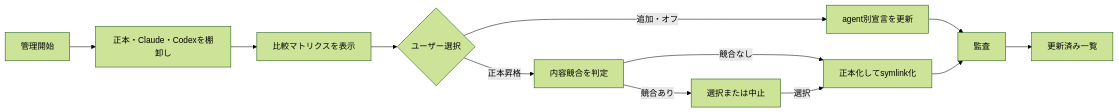
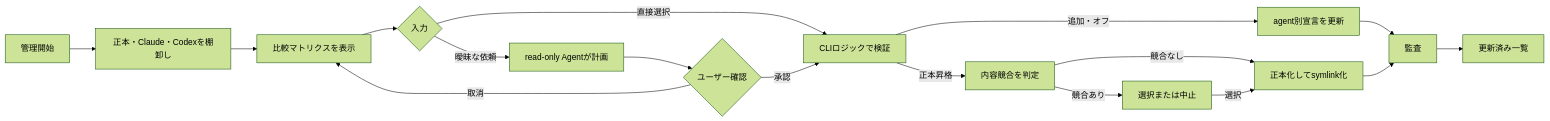
The first of 3 diagrams in docs/interactive-design-review/conversational-skill-visibility-management.review.md (lilpacy/dotfiles), drawn with Mermaid (forest theme) before and after one commit. The commit also changed other lines of this file and 4 other files, not shown here.

````diff
--- a/docs/interactive-design-review/conversational-skill-visibility-management.review.md
+++ b/docs/interactive-design-review/conversational-skill-visibility-management.review.md
@@ -23,14 +23,19 @@
 ```mermaid
 flowchart LR
   A[管理開始] --> B[正本・Claude・Codexを棚卸し]
   B --> C[比較マトリクスを表示]
-  C --> D{ユーザー選択}
-  D -->|追加・オフ| E[agent別宣言を更新]
-  D -->|正本昇格| F[内容競合を判定]
+  C --> D{入力}
+  D -->|直接選択| E[CLIロジックで検証]
+  D -->|曖昧な依頼| K[read-only Agentが計画]
+  K --> L{ユーザー確認}
+  L -->|承認| E
+  L -->|取消| C
+  E -->|追加・オフ| M[agent別宣言を更新]
+  E -->|正本昇格| F[内容競合を判定]
   F -->|競合なし| G[正本化してsymlink化]
   F -->|競合あり| H[選択または中止]
-  E --> I[監査]
+  M --> I[監査]
   G --> I
   H -->|選択| G
   I --> J[更新済み一覧]
 ```
````
